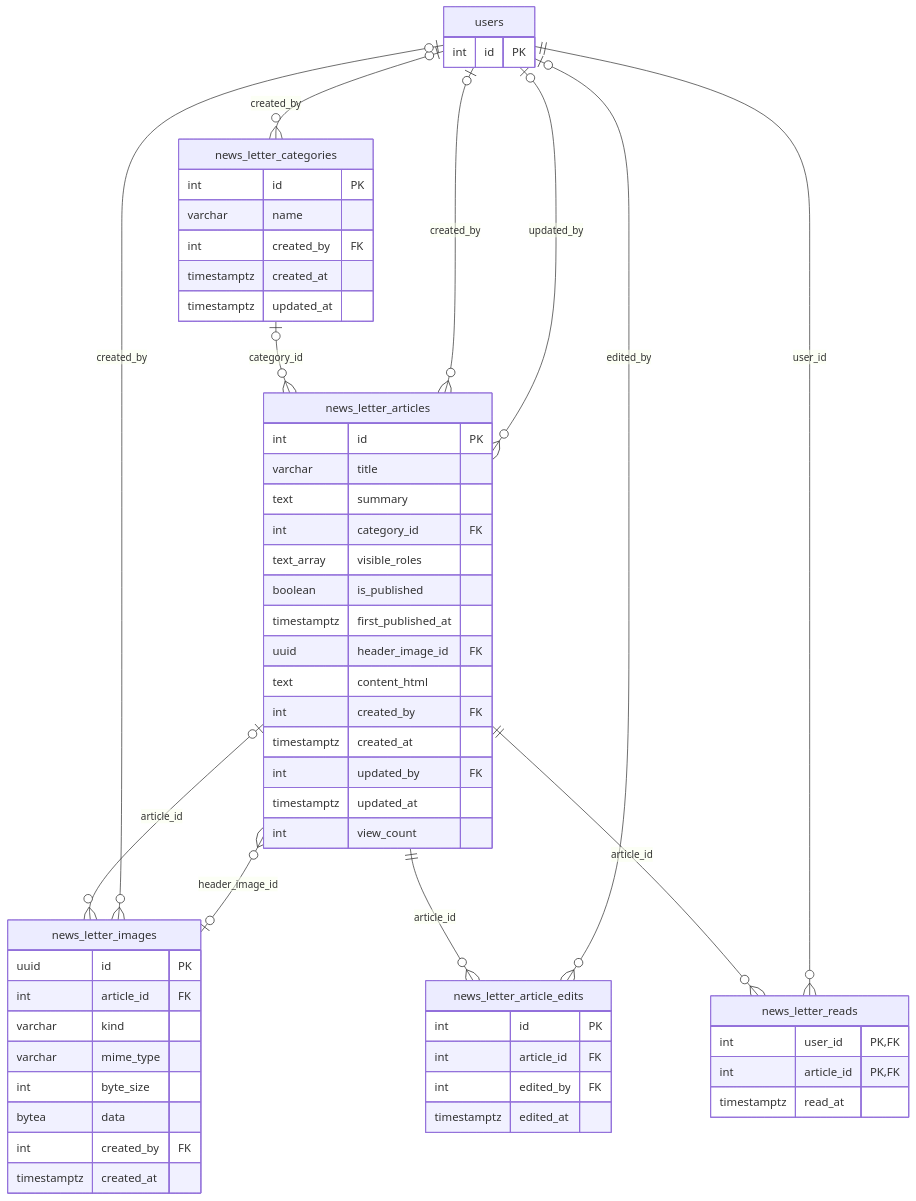
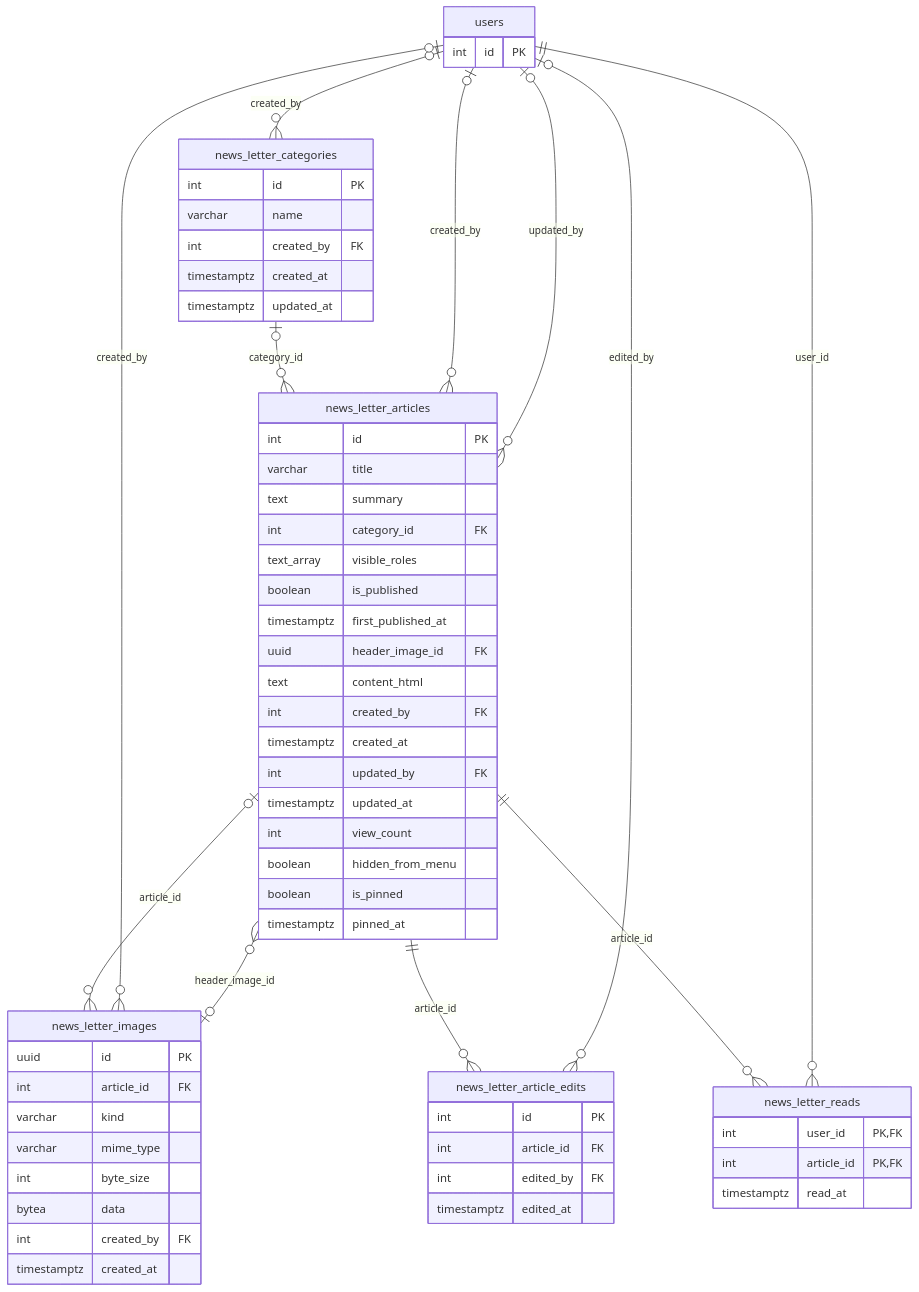
One commit to dminhbb/ttm-tool changed diagram 11 of 13 in docs/database-erd.md. Above: the diagram before and after it, drawn with Mermaid. The commit also changed other lines of this file and 22 other files, not shown here.

````diff
--- a/docs/database-erd.md
+++ b/docs/database-erd.md
@@ -1881,61 +1881,64 @@
 ```mermaid
 erDiagram
     news_letter_articles {
         int id PK
         varchar title
         text summary
         int category_id FK
         text_array visible_roles
         boolean is_published
         timestamptz first_published_at
         uuid header_image_id FK
         text content_html
         int created_by FK
         timestamptz created_at
         int updated_by FK
         timestamptz updated_at
         int view_count
+        boolean hidden_from_menu
+        boolean is_pinned
+        timestamptz pinned_at
     }
     news_letter_categories {
         int id PK
         varchar name
         int created_by FK
         timestamptz created_at
         timestamptz updated_at
     }
     news_letter_images {
         uuid id PK
         int article_id FK
         varchar kind
         varchar mime_type
         int byte_size
         bytea data
         int created_by FK
         timestamptz created_at
     }
     news_letter_article_edits {
         int id PK
         int article_id FK
         int edited_by FK
         timestamptz edited_at
     }
     news_letter_reads {
         int user_id PK, FK
         int article_id PK, FK
         timestamptz read_at
     }
     users {
         int id PK
     }
     news_letter_categories |o--o{ news_letter_articles : "category_id"
     users |o--o{ news_letter_articles : "created_by"
     news_letter_images |o--o{ news_letter_articles : "header_image_id"
     users |o--o{ news_letter_articles : "updated_by"
     users |o--o{ news_letter_categories : "created_by"
     news_letter_articles |o--o{ news_letter_images : "article_id"
     users |o--o{ news_letter_images : "created_by"
     news_letter_articles ||--o{ news_letter_article_edits : "article_id"
     users |o--o{ news_letter_article_edits : "edited_by"
     news_letter_articles ||--o{ news_letter_reads : "article_id"
     users ||--o{ news_letter_reads : "user_id"
 ```
````
